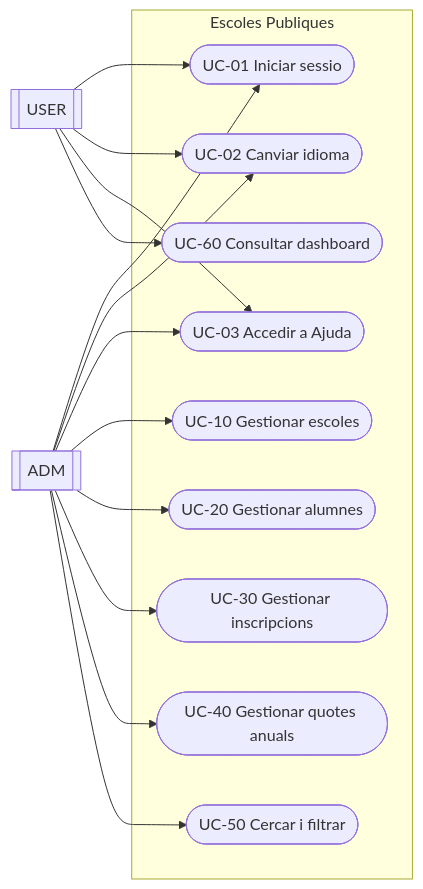
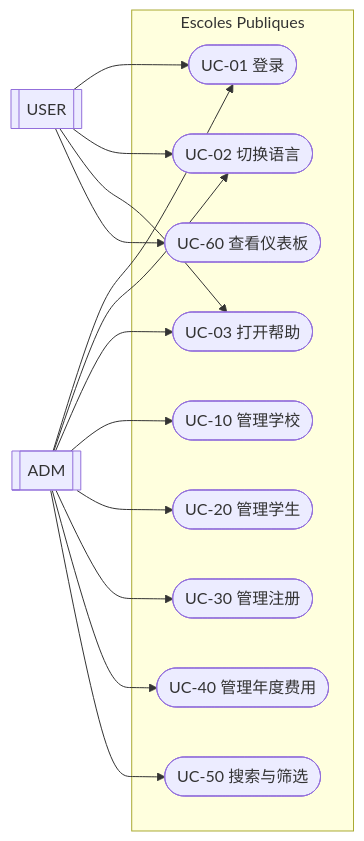
One commit to dmoraroca/escoles-publiques changed the second of 3 diagrams in docs/zh/functional.md. Above: the diagram before and after it, drawn with Mermaid. The commit also changed other lines of this file and 11 other files, not shown here.

````diff
--- a/docs/zh/functional.md
+++ b/docs/zh/functional.md
@@ -63,30 +63,30 @@
 ```mermaid
 flowchart LR
   ADM[[ADM]]
   USER[[USER]]
 
   subgraph S[Escoles Publiques]
-    UC01([UC-01 Iniciar sessio])
-    UC02([UC-02 Canviar idioma])
-    UC03([UC-03 Accedir a Ajuda])
-    UC10([UC-10 Gestionar escoles])
-    UC20([UC-20 Gestionar alumnes])
-    UC30([UC-30 Gestionar inscripcions])
-    UC40([UC-40 Gestionar quotes anuals])
-    UC50([UC-50 Cercar i filtrar])
-    UC60([UC-60 Consultar dashboard])
+    UC01([UC-01 登录])
+    UC02([UC-02 切换语言])
+    UC03([UC-03 打开帮助])
+    UC10([UC-10 管理学校])
+    UC20([UC-20 管理学生])
+    UC30([UC-30 管理注册])
+    UC40([UC-40 管理年度费用])
+    UC50([UC-50 搜索与筛选])
+    UC60([UC-60 查看仪表板])
   end
 
   ADM --> UC01
   USER --> UC01
   ADM --> UC02
   USER --> UC02
   ADM --> UC03
   USER --> UC03
   ADM --> UC10
   ADM --> UC20
   ADM --> UC30
   ADM --> UC40
   ADM --> UC50
   USER --> UC60
 ```
````
